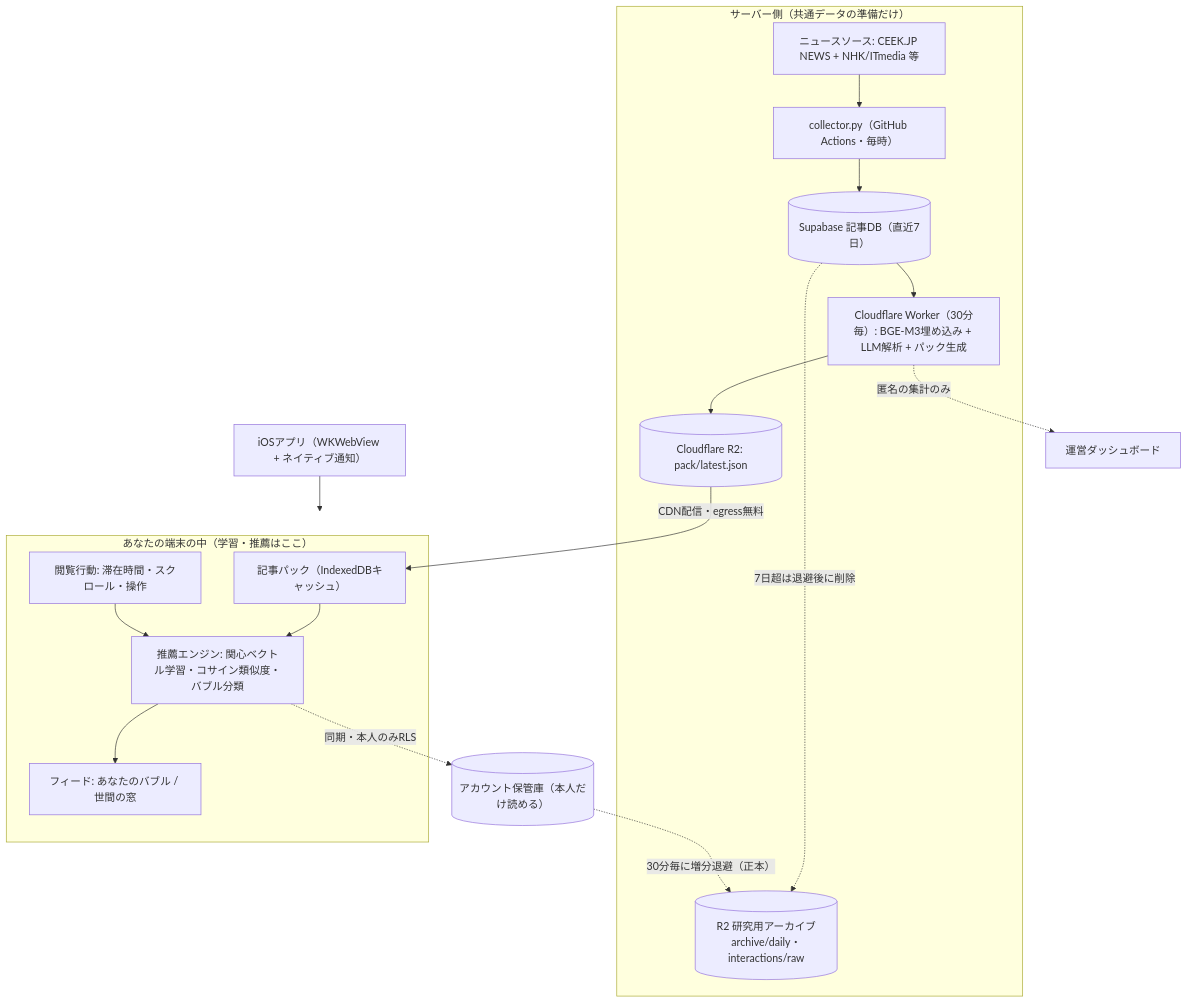
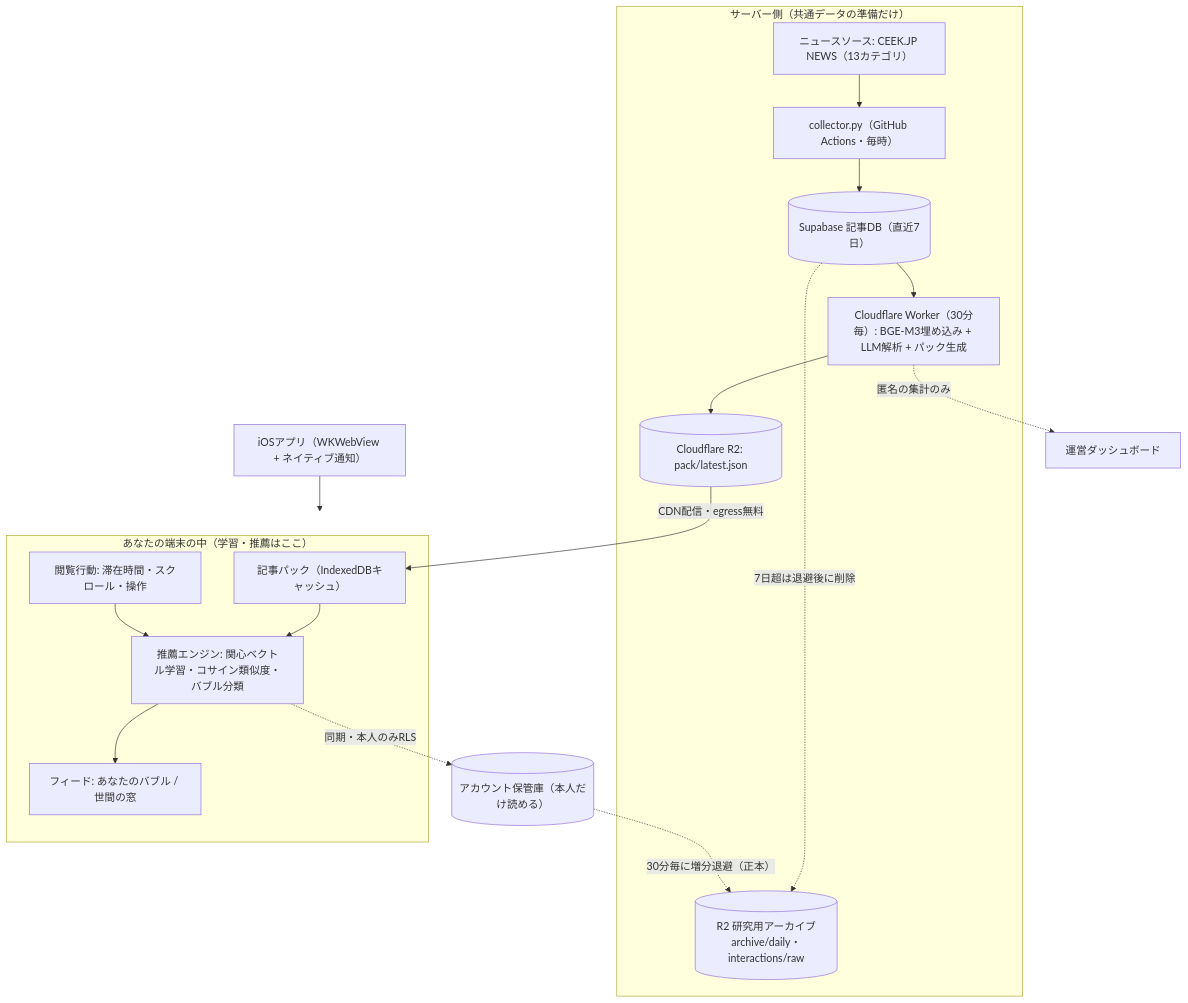
One commit to wildriver/OwnNews changed the diagram in README.md. Above: the diagram before and after it, drawn with Mermaid. The commit also changed other lines of this file and 2 other files, not shown here.

````diff
--- a/README.md
+++ b/README.md
@@ -32,31 +32,31 @@
 ```mermaid
 flowchart TD
     subgraph SERVER["サーバー側（共通データの準備だけ）"]
-        RSS["ニュースソース: CEEK.JP NEWS + NHK/ITmedia 等"]
+        RSS["ニュースソース: CEEK.JP NEWS（13カテゴリ）"]
         COL["collector.py（GitHub Actions・毎時）"]
         DB[("Supabase 記事DB（直近7日）")]
         WK["Cloudflare Worker（30分毎）: BGE-M3埋め込み + LLM解析 + パック生成"]
         R2[("Cloudflare R2: pack/latest.json")]
         ARC[("R2 研究用アーカイブ<br/>archive/daily・interactions/raw")]
         RSS --> COL --> DB --> WK --> R2
         DB -.->|"7日超は退避後に削除"| ARC
     end
 
     R2 -->|"CDN配信・egress無料"| CACHE
 
     subgraph CLIENT["あなたの端末の中（学習・推薦はここ）"]
         CACHE["記事パック（IndexedDBキャッシュ）"]
         BEHAVE["閲覧行動: 滞在時間・スクロール・操作"]
         ENGINE["推薦エンジン: 関心ベクトル学習・コサイン類似度・バブル分類"]
         FEED["フィード: あなたのバブル / 世間の窓"]
         CACHE --> ENGINE
         BEHAVE --> ENGINE
         ENGINE --> FEED
     end
 
     IOS["iOSアプリ（WKWebView + ネイティブ通知）"] --> CLIENT
 
     ENGINE -.->|"同期・本人のみRLS"| VAULT[("アカウント保管庫（本人だけ読める）")]
     VAULT -.->|"30分毎に増分退避（正本）"| ARC
     WK -.->|"匿名の集計のみ"| ADMIN["運営ダッシュボード"]
 ```
````
